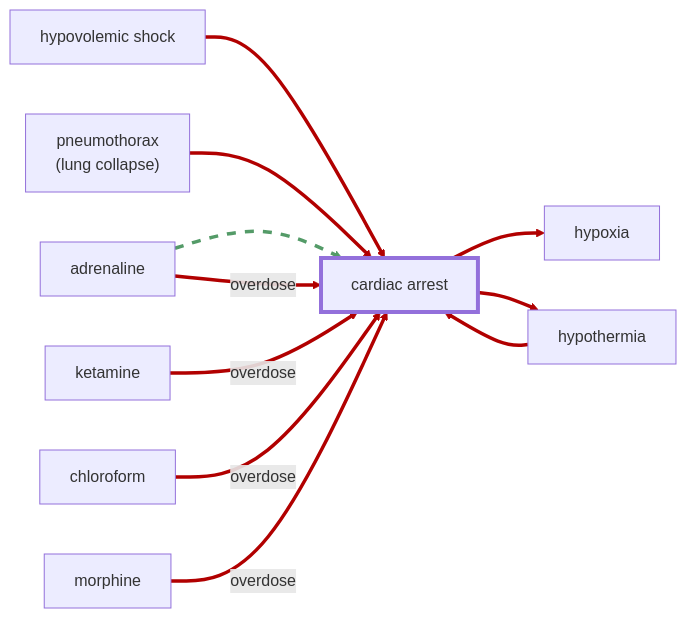
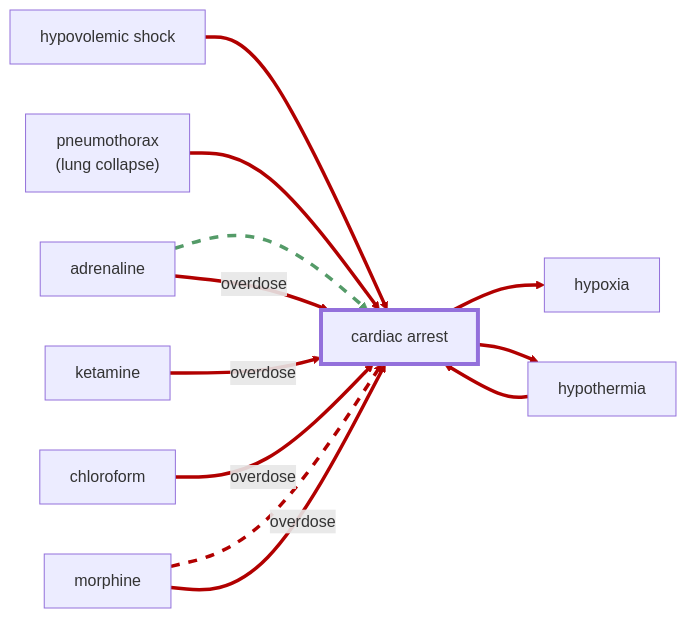
One commit to frederik-hoeft/rimworld-more-injuries changed the diagram in docs/wiki/injuries/cardiac-arrest.md. Above: the diagram before and after it, drawn with Mermaid. The commit also changed 24 other files, not shown here.

````diff
--- a/docs/wiki/injuries/cardiac-arrest.md
+++ b/docs/wiki/injuries/cardiac-arrest.md
@@ -13,23 +13,25 @@
 ```mermaid
 ---
 config:
   flowchart:
     htmlLabels: true
 ---
 flowchart LR
 hypovolemic_shock[hypovolemic shock] ==> cardiac_arrest[cardiac arrest]
 pneumothorax["pneumothorax
 (lung collapse)"] ==> cardiac_arrest
 adrenaline[adrenaline] ==> cardiac_arrest
 adrenaline ==> |overdose| cardiac_arrest
 cardiac_arrest ==> hypoxia[hypoxia]
 cardiac_arrest ==> hypothermia[hypothermia]
 hypothermia ==> cardiac_arrest
 ketamine[ketamine] ==> | overdose | cardiac_arrest
 chloroform[chloroform] ==> | overdose | cardiac_arrest
-morphine[morphine] ==> | overdose | cardiac_arrest
+morphine[morphine] ==> cardiac_arrest
+morphine ==> | overdose | cardiac_arrest
 
-linkStyle 0,1,3,4,5,6,7,8,9 stroke: #b10000
+linkStyle 0,1,3,4,5,6,7,8,10 stroke: #b10000
 linkStyle 2 stroke: #549b68, stroke-dasharray: 9,5
+linkStyle 9 stroke: #b10000, stroke-dasharray: 9,5
 style cardiac_arrest stroke-width: 4px
 ```
````
